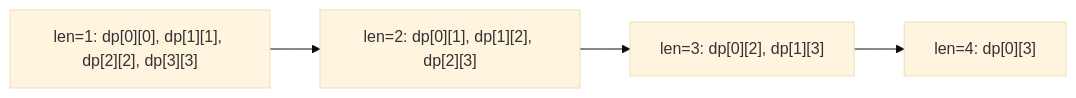
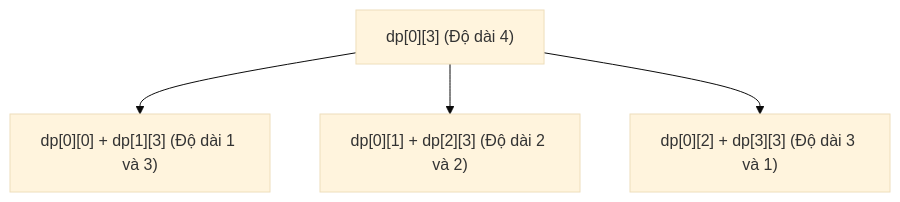
Before and after one commit to FPTOJ-OJ/fptoj_wiki: the diagram in docs/lessons/interval-dp.md, drawn with Mermaid (base theme). The commit also changed other lines of this file and 377 other files, not shown here.

````diff
--- a/docs/lessons/interval-dp.md
+++ b/docs/lessons/interval-dp.md
@@ -86,6 +66,6 @@
 ```mermaid
-graph LR
-    A["len=1: dp[0][0], dp[1][1], dp[2][2], dp[3][3]"] --> B["len=2: dp[0][1], dp[1][2], dp[2][3]"]
-    B --> C["len=3: dp[0][2], dp[1][3]"]
-    C --> D["len=4: dp[0][3]"]
+graph TD
+    A["dp[0][3] (Độ dài 4)"] --> B["dp[0][0] + dp[1][3] (Độ dài 1 và 3)"]
+    A --> C["dp[0][1] + dp[2][3] (Độ dài 2 và 2)"]
+    A --> D["dp[0][2] + dp[3][3] (Độ dài 3 và 1)"]
 ```
````
